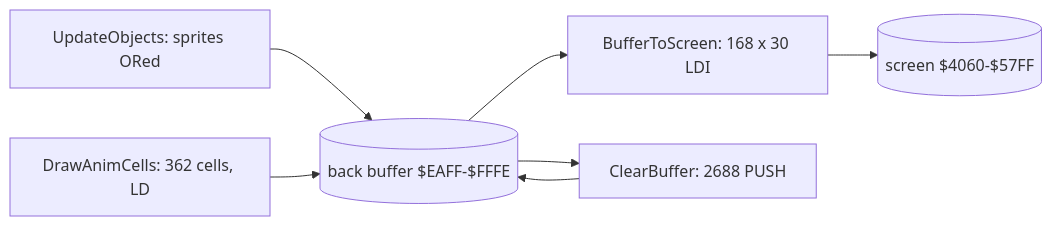
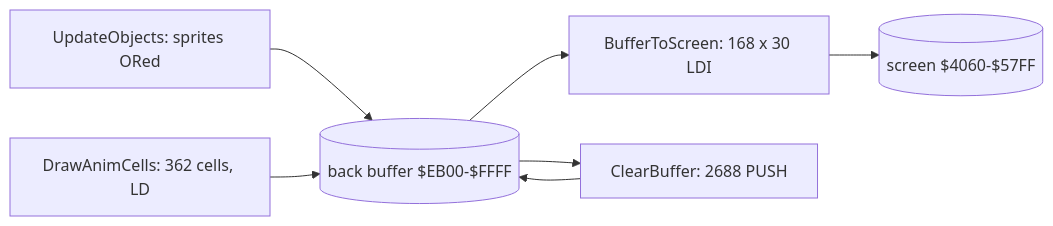
The fifth of 8 diagrams in games/rex/docs/04-game-loop.md (alfishe/unrealng-reverse-cases), drawn with Mermaid before and after one commit. The commit also changed other lines of this file and 40 other files, not shown here.

````diff
--- a/games/rex/docs/04-game-loop.md
+++ b/games/rex/docs/04-game-loop.md
@@ -353,9 +357,9 @@
 ```mermaid
 flowchart LR
-    O["UpdateObjects: sprites ORed"] --> B[("back buffer $EAFF-$FFFE")]
+    O["UpdateObjects: sprites ORed"] --> B[("back buffer $EB00-$FFFF")]
     A["DrawAnimCells: 362 cells, LD"] --> B
     B --> T["BufferToScreen: 168 x 30 LDI"]
     T --> S[("screen $4060-$57FF")]
     B --> Z["ClearBuffer: 2688 PUSH"]
     Z --> B
 ```
````
